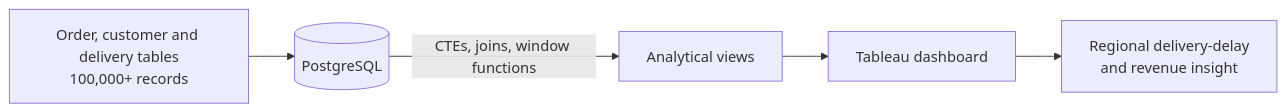
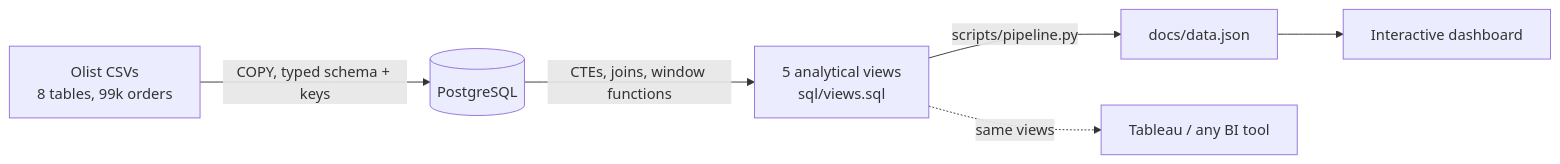
One commit to VasilenData/ecommerce-logistics-dashboard changed the diagram in README.md. Above: the diagram before and after it, drawn with Mermaid. The commit also changed other lines of this file and 2 other files, not shown here.

````diff
--- a/README.md
+++ b/README.md
@@ -12,7 +14,8 @@
 ```mermaid
 flowchart LR
-    A[Order, customer and delivery tables<br/>100,000+ records] --> B[(PostgreSQL)]
-    B -->|CTEs, joins, window functions| C[Analytical views]
-    C --> D[Tableau dashboard]
-    D --> E[Regional delivery-delay<br/>and revenue insight]
+    A[Olist CSVs<br/>8 tables, 99k orders] -->|COPY, typed schema + keys| B[(PostgreSQL)]
+    B -->|CTEs, joins, window functions| C[5 analytical views<br/>sql/views.sql]
+    C -->|scripts/pipeline.py| D[docs/data.json]
+    D --> E[Interactive dashboard]
+    C -.same views.-> F[Tableau / any BI tool]
 ```
````
